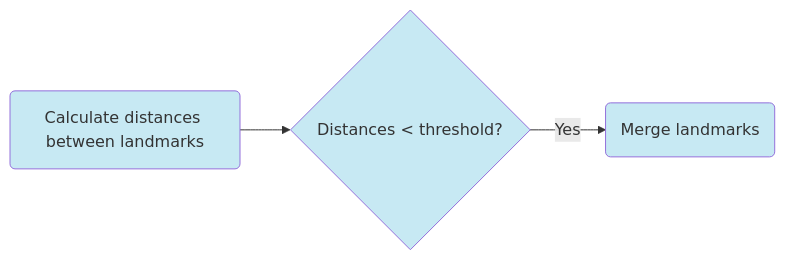
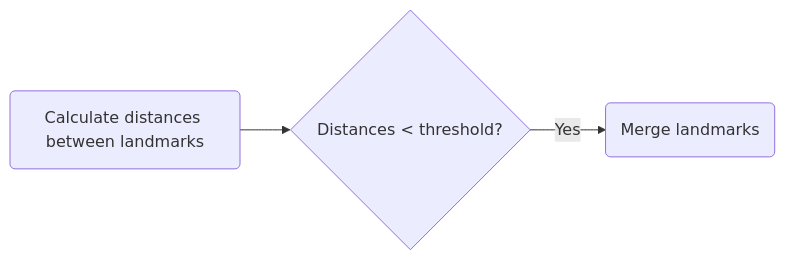
The sixth of 6 diagrams in _projects/radarslam.md (beteje/beteje.github.io), drawn with Mermaid before and after one commit. The commit also changed other lines of this file and 5 other files, not shown here.

Commit message:
Fixed update issues with Mermaid

```diff
--- a/_projects/radarslam.md
+++ b/_projects/radarslam.md
@@ -175,8 +164,5 @@
-    {% mermaid %}
+    <pre class="mermaid">
       graph LR
         M1(Calculate distances between landmarks) --> M2{Distances < threshold?}
         M2 --"Yes"--> M3(Merge landmarks)
-
-        classDef myGraph fill:#c7e9f3;
-        class M1,M2,M3 myGraph
-    {% endmermaid %}
+    </pre>
```
